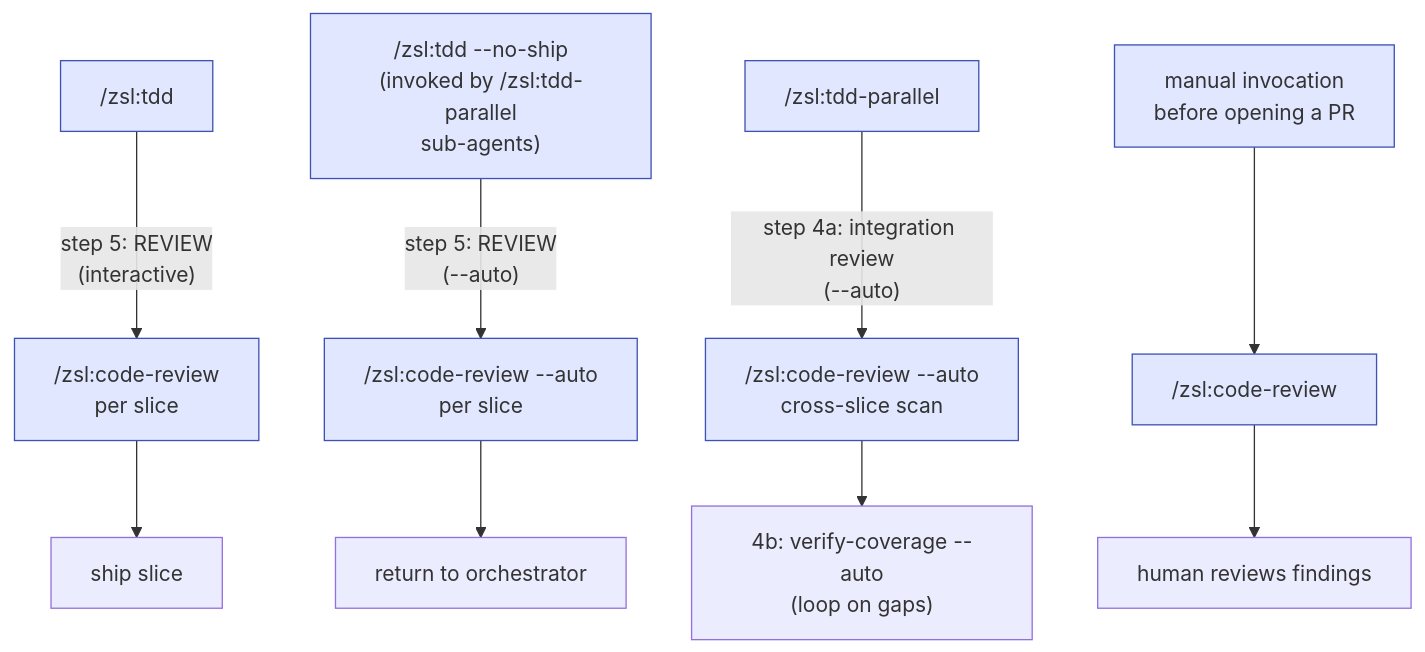
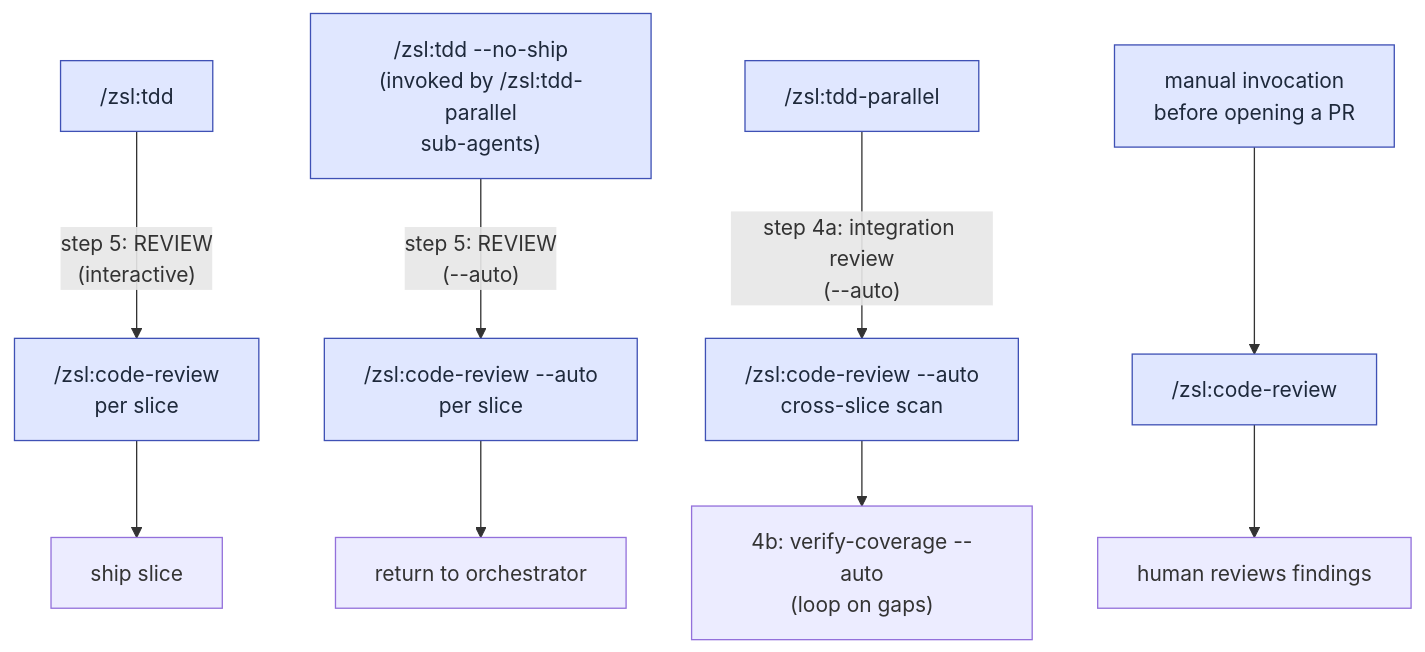
Before and after one commit to ZunoSmartLabs/zsl-superpowers: the third of 3 diagrams in docs/code-review.md, drawn with Mermaid. The commit also changed other lines of this file and 8 other files, not shown here.

First line of the commit message:
docs(remote-agents): add scheduling rationale + fix dark-mode diagram text

````diff
--- a/docs/code-review.md
+++ b/docs/code-review.md
@@ -145,14 +145,14 @@
 ```mermaid
 flowchart TB
     tdd["/zsl:tdd"] -->|"step 5: REVIEW<br/>(interactive)"| cr1["/zsl:code-review<br/>per slice"]
     tddn["/zsl:tdd --no-ship<br/>(invoked by /zsl:tdd-parallel<br/>sub-agents)"] -->|"step 5: REVIEW<br/>(--auto)"| cr2["/zsl:code-review --auto<br/>per slice"]
     tddp["/zsl:tdd-parallel"] -->|"step 4a: integration review<br/>(--auto)"| cr3["/zsl:code-review --auto<br/>cross-slice scan"]
     manual["manual invocation<br/>before opening a PR"] --> cr4["/zsl:code-review"]
     cr1 --> ship1["ship slice"]
     cr2 --> ret["return to orchestrator"]
     cr3 --> cov["4b: verify-coverage --auto<br/>(loop on gaps)"]
     cr4 --> human["human reviews findings"]
 
-    classDef skill fill:#e0e7ff,stroke:#3f51b5;
+    classDef skill fill:#e0e7ff,stroke:#3f51b5,color:#1e293b;
     class tdd,tddn,tddp,manual,cr1,cr2,cr3,cr4 skill;
 ```
````
